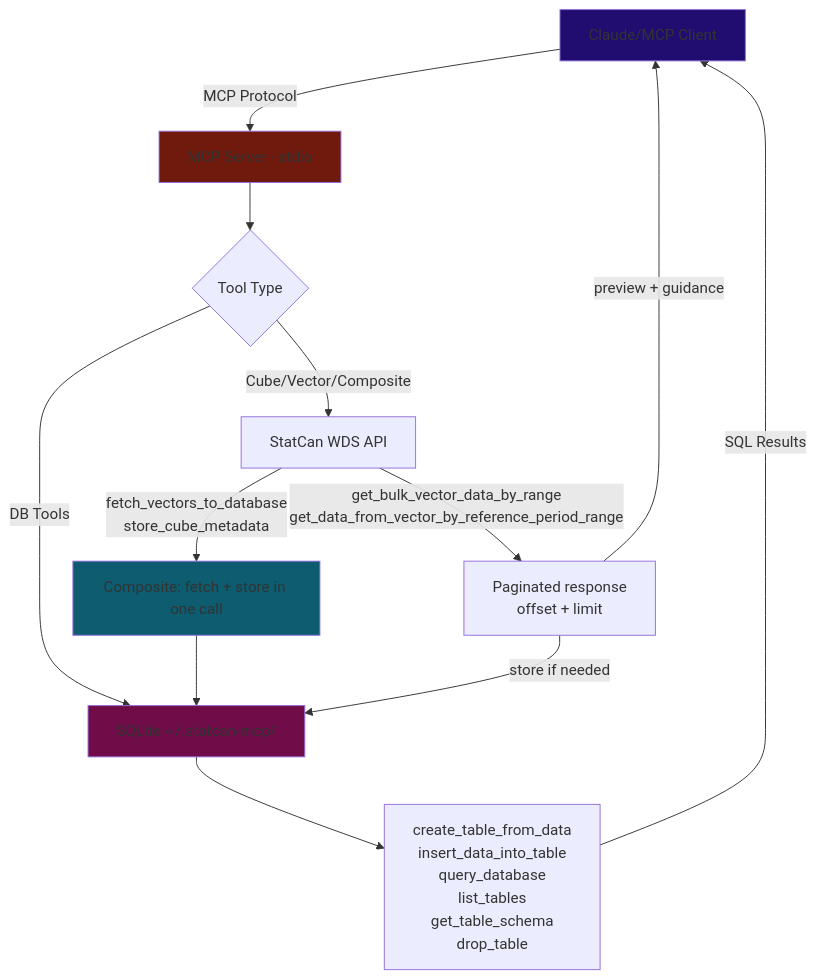
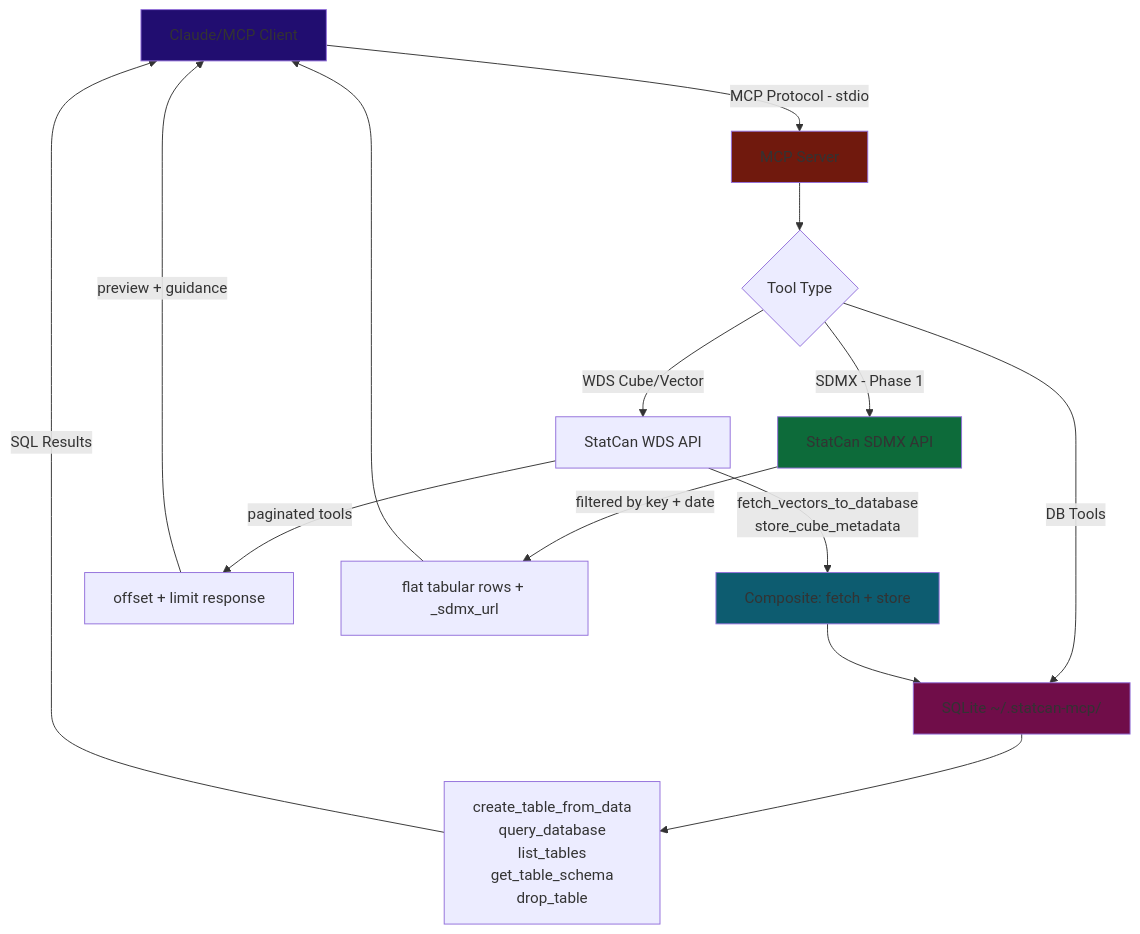
One commit to Aryan-Jhaveri/mcp-statcan changed the first of 2 diagrams in IMPLEMENTATIONS.md. Above: the diagram before and after it, drawn with Mermaid. The commit also changed other lines of this file, not shown here.

Commit message:
Added planning for SDMX and http transformation notes to IMPLEMENTATIONS.md

````diff
--- a/IMPLEMENTATIONS.md
+++ b/IMPLEMENTATIONS.md
@@ -212,23 +297,27 @@
 ```mermaid
 flowchart TD
-    A[Claude/MCP Client] -->|MCP Protocol| B[MCP Server - stdio]
+    A[Claude/MCP Client] -->|MCP Protocol - stdio| B[MCP Server]
 
     B --> C{Tool Type}
-    C -->|Cube/Vector/Composite| D[StatCan WDS API]
+    C -->|WDS Cube/Vector| D[StatCan WDS API]
+    C -->|SDMX - Phase 1| S[StatCan SDMX API]
     C -->|DB Tools| E[SQLite ~/.statcan-mcp/]
 
-    D -->|fetch_vectors_to_database\nstore_cube_metadata| F[Composite: fetch + store in one call]
+    D -->|fetch_vectors_to_database\nstore_cube_metadata| F[Composite: fetch + store]
     F --> E
 
-    D -->|get_bulk_vector_data_by_range\nget_data_from_vector_by_reference_period_range| G[Paginated response\noffset + limit]
-    G -->|store if needed| E
+    D -->|paginated tools| G[offset + limit response]
     G -->|preview + guidance| A
 
-    E --> I[create_table_from_data\ninsert_data_into_table\nquery_database\nlist_tables\nget_table_schema\ndrop_table]
+    S -->|filtered by key + date| T[flat tabular rows + _sdmx_url]
+    T --> A
+
+    E --> I[create_table_from_data\nquery_database\nlist_tables\nget_table_schema\ndrop_table]
     I -->|SQL Results| A
 
     style A fill:#210d70
     style B fill:#70190d
     style E fill:#700d49
     style F fill:#0d5c70
+    style S fill:#0d6b3a
 ```
````
